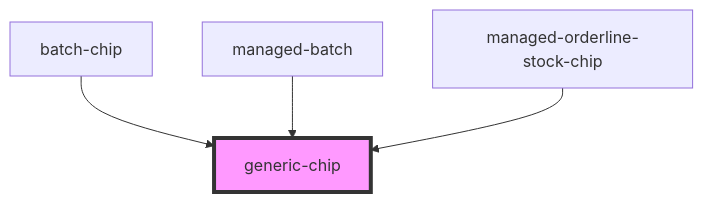
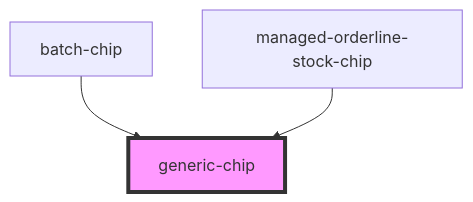
Before and after one commit to PharmaLedger-IMI/fgt-workspace: the diagram in pdm-web-components/src/components/generic-chip/readme.md, drawn with Mermaid. The commit also changed other lines of this file and 112 other files, not shown here.

````diff
--- a/pdm-web-components/src/components/generic-chip/readme.md
+++ b/pdm-web-components/src/components/generic-chip/readme.md
@@ -33,7 +32,6 @@
 ```mermaid
 graph TD;
   batch-chip --> generic-chip
-  managed-batch --> generic-chip
   managed-orderline-stock-chip --> generic-chip
   style generic-chip fill:#f9f,stroke:#333,stroke-width:4px
 ```
````
